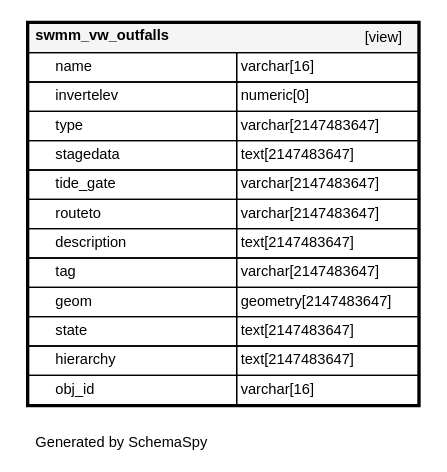
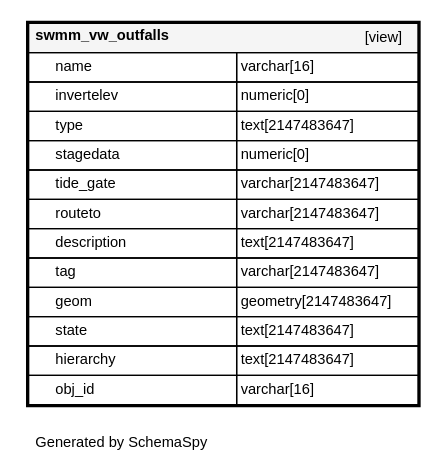
One commit to teksi/wastewater changed the diagram in de/_static/datamodel/tww_app/diagrams/tables/swmm_vw_outfalls.1degree.dot. Above: the diagram before and after it, drawn with Graphviz. The commit also changed 77 other files, not shown here.

```diff
--- a/de/_static/datamodel/tww_app/diagrams/tables/swmm_vw_outfalls.1degree.dot
+++ b/de/_static/datamodel/tww_app/diagrams/tables/swmm_vw_outfalls.1degree.dot
@@ -1,24 +1,24 @@
 digraph "oneDegreeRelationshipsDiagram" {
   graph [    rankdir="RL"    bgcolor="#ffffff"    label="\nGenerated by SchemaSpy"    labeljust="l"    nodesep="0.18"    ranksep="0.46"    fontname="Helvetica"    fontsize="11"    packmode="graph"  ];  node [    fontname="Helvetica"    fontsize="11"    shape="plaintext"  ];  edge [    arrowsize="0.8"  ];
   "swmm_vw_outfalls" [
    label=<
     <TABLE BORDER="2" CELLBORDER="1" CELLSPACING="0" BGCOLOR="#ffffff">
       <TR><TD COLSPAN="4"  BGCOLOR="#f5f5f5"><TABLE BORDER="0" CELLSPACING="0"><TR><TD ALIGN="LEFT" FIXEDSIZE="TRUE" WIDTH="135" HEIGHT="16"><B>swmm_vw_outfalls</B></TD><TD ALIGN="RIGHT">[view]</TD></TR></TABLE></TD></TR>
       <TR><TD PORT="name" COLSPAN="2" ALIGN="LEFT"><TABLE BORDER="0" CELLSPACING="0" ALIGN="LEFT"><TR ALIGN="LEFT"><TD ALIGN="LEFT" FIXEDSIZE="TRUE" WIDTH="15" HEIGHT="16"></TD><TD ALIGN="LEFT" FIXEDSIZE="TRUE" WIDTH="135" HEIGHT="16">name</TD></TR></TABLE></TD><TD PORT="name.type" ALIGN="LEFT">varchar[16]</TD></TR>
       <TR><TD PORT="invertelev" COLSPAN="2" ALIGN="LEFT"><TABLE BORDER="0" CELLSPACING="0" ALIGN="LEFT"><TR ALIGN="LEFT"><TD ALIGN="LEFT" FIXEDSIZE="TRUE" WIDTH="15" HEIGHT="16"></TD><TD ALIGN="LEFT" FIXEDSIZE="TRUE" WIDTH="135" HEIGHT="16">invertelev</TD></TR></TABLE></TD><TD PORT="invertelev.type" ALIGN="LEFT">numeric[0]</TD></TR>
-      <TR><TD PORT="type" COLSPAN="2" ALIGN="LEFT"><TABLE BORDER="0" CELLSPACING="0" ALIGN="LEFT"><TR ALIGN="LEFT"><TD ALIGN="LEFT" FIXEDSIZE="TRUE" WIDTH="15" HEIGHT="16"></TD><TD ALIGN="LEFT" FIXEDSIZE="TRUE" WIDTH="135" HEIGHT="16">type</TD></TR></TABLE></TD><TD PORT="type.type" ALIGN="LEFT">varchar[2147483647]</TD></TR>
-      <TR><TD PORT="stagedata" COLSPAN="2" ALIGN="LEFT"><TABLE BORDER="0" CELLSPACING="0" ALIGN="LEFT"><TR ALIGN="LEFT"><TD ALIGN="LEFT" FIXEDSIZE="TRUE" WIDTH="15" HEIGHT="16"></TD><TD ALIGN="LEFT" FIXEDSIZE="TRUE" WIDTH="135" HEIGHT="16">stagedata</TD></TR></TABLE></TD><TD PORT="stagedata.type" ALIGN="LEFT">text[2147483647]</TD></TR>
+      <TR><TD PORT="type" COLSPAN="2" ALIGN="LEFT"><TABLE BORDER="0" CELLSPACING="0" ALIGN="LEFT"><TR ALIGN="LEFT"><TD ALIGN="LEFT" FIXEDSIZE="TRUE" WIDTH="15" HEIGHT="16"></TD><TD ALIGN="LEFT" FIXEDSIZE="TRUE" WIDTH="135" HEIGHT="16">type</TD></TR></TABLE></TD><TD PORT="type.type" ALIGN="LEFT">text[2147483647]</TD></TR>
+      <TR><TD PORT="stagedata" COLSPAN="2" ALIGN="LEFT"><TABLE BORDER="0" CELLSPACING="0" ALIGN="LEFT"><TR ALIGN="LEFT"><TD ALIGN="LEFT" FIXEDSIZE="TRUE" WIDTH="15" HEIGHT="16"></TD><TD ALIGN="LEFT" FIXEDSIZE="TRUE" WIDTH="135" HEIGHT="16">stagedata</TD></TR></TABLE></TD><TD PORT="stagedata.type" ALIGN="LEFT">numeric[0]</TD></TR>
       <TR><TD PORT="tide_gate" COLSPAN="2" ALIGN="LEFT"><TABLE BORDER="0" CELLSPACING="0" ALIGN="LEFT"><TR ALIGN="LEFT"><TD ALIGN="LEFT" FIXEDSIZE="TRUE" WIDTH="15" HEIGHT="16"></TD><TD ALIGN="LEFT" FIXEDSIZE="TRUE" WIDTH="135" HEIGHT="16">tide_gate</TD></TR></TABLE></TD><TD PORT="tide_gate.type" ALIGN="LEFT">varchar[2147483647]</TD></TR>
       <TR><TD PORT="routeto" COLSPAN="2" ALIGN="LEFT"><TABLE BORDER="0" CELLSPACING="0" ALIGN="LEFT"><TR ALIGN="LEFT"><TD ALIGN="LEFT" FIXEDSIZE="TRUE" WIDTH="15" HEIGHT="16"></TD><TD ALIGN="LEFT" FIXEDSIZE="TRUE" WIDTH="135" HEIGHT="16">routeto</TD></TR></TABLE></TD><TD PORT="routeto.type" ALIGN="LEFT">varchar[2147483647]</TD></TR>
       <TR><TD PORT="description" COLSPAN="2" ALIGN="LEFT"><TABLE BORDER="0" CELLSPACING="0" ALIGN="LEFT"><TR ALIGN="LEFT"><TD ALIGN="LEFT" FIXEDSIZE="TRUE" WIDTH="15" HEIGHT="16"></TD><TD ALIGN="LEFT" FIXEDSIZE="TRUE" WIDTH="135" HEIGHT="16">description</TD></TR></TABLE></TD><TD PORT="description.type" ALIGN="LEFT">text[2147483647]</TD></TR>
       <TR><TD PORT="tag" COLSPAN="2" ALIGN="LEFT"><TABLE BORDER="0" CELLSPACING="0" ALIGN="LEFT"><TR ALIGN="LEFT"><TD ALIGN="LEFT" FIXEDSIZE="TRUE" WIDTH="15" HEIGHT="16"></TD><TD ALIGN="LEFT" FIXEDSIZE="TRUE" WIDTH="135" HEIGHT="16">tag</TD></TR></TABLE></TD><TD PORT="tag.type" ALIGN="LEFT">varchar[2147483647]</TD></TR>
       <TR><TD PORT="geom" COLSPAN="2" ALIGN="LEFT"><TABLE BORDER="0" CELLSPACING="0" ALIGN="LEFT"><TR ALIGN="LEFT"><TD ALIGN="LEFT" FIXEDSIZE="TRUE" WIDTH="15" HEIGHT="16"></TD><TD ALIGN="LEFT" FIXEDSIZE="TRUE" WIDTH="135" HEIGHT="16">geom</TD></TR></TABLE></TD><TD PORT="geom.type" ALIGN="LEFT">geometry[2147483647]</TD></TR>
       <TR><TD PORT="state" COLSPAN="2" ALIGN="LEFT"><TABLE BORDER="0" CELLSPACING="0" ALIGN="LEFT"><TR ALIGN="LEFT"><TD ALIGN="LEFT" FIXEDSIZE="TRUE" WIDTH="15" HEIGHT="16"></TD><TD ALIGN="LEFT" FIXEDSIZE="TRUE" WIDTH="135" HEIGHT="16">state</TD></TR></TABLE></TD><TD PORT="state.type" ALIGN="LEFT">text[2147483647]</TD></TR>
       <TR><TD PORT="hierarchy" COLSPAN="2" ALIGN="LEFT"><TABLE BORDER="0" CELLSPACING="0" ALIGN="LEFT"><TR ALIGN="LEFT"><TD ALIGN="LEFT" FIXEDSIZE="TRUE" WIDTH="15" HEIGHT="16"></TD><TD ALIGN="LEFT" FIXEDSIZE="TRUE" WIDTH="135" HEIGHT="16">hierarchy</TD></TR></TABLE></TD><TD PORT="hierarchy.type" ALIGN="LEFT">text[2147483647]</TD></TR>
       <TR><TD PORT="obj_id" COLSPAN="2" ALIGN="LEFT"><TABLE BORDER="0" CELLSPACING="0" ALIGN="LEFT"><TR ALIGN="LEFT"><TD ALIGN="LEFT" FIXEDSIZE="TRUE" WIDTH="15" HEIGHT="16"></TD><TD ALIGN="LEFT" FIXEDSIZE="TRUE" WIDTH="135" HEIGHT="16">obj_id</TD></TR></TABLE></TD><TD PORT="obj_id.type" ALIGN="LEFT">varchar[16]</TD></TR>
     </TABLE>>
     URL="../../tables/swmm_vw_outfalls.html"
     target="_top"
     tooltip="swmm_vw_outfalls"
   ];
 }
```
